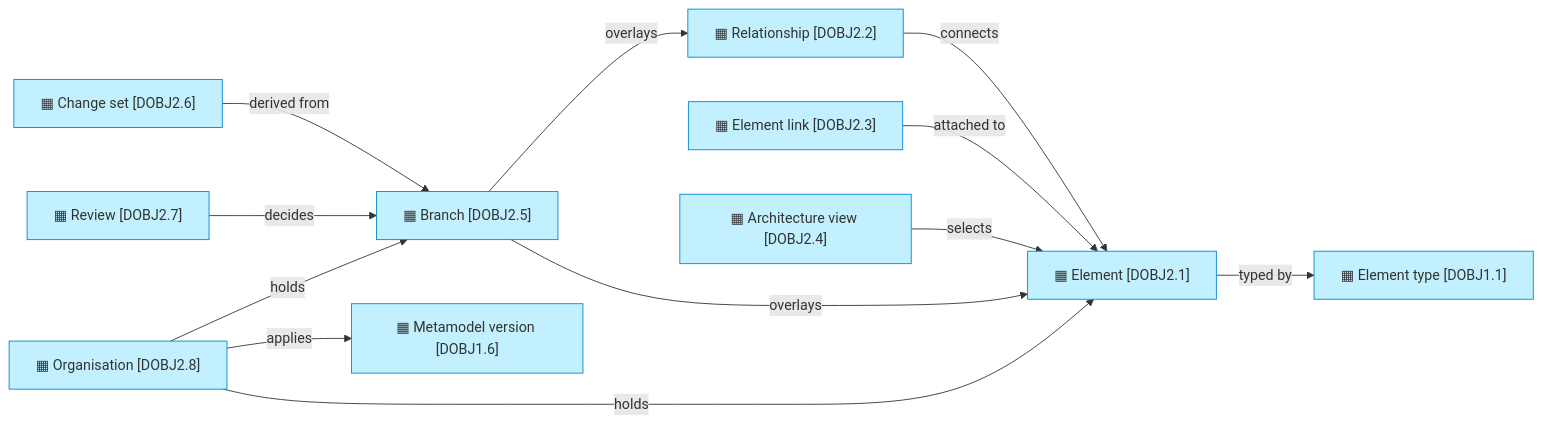
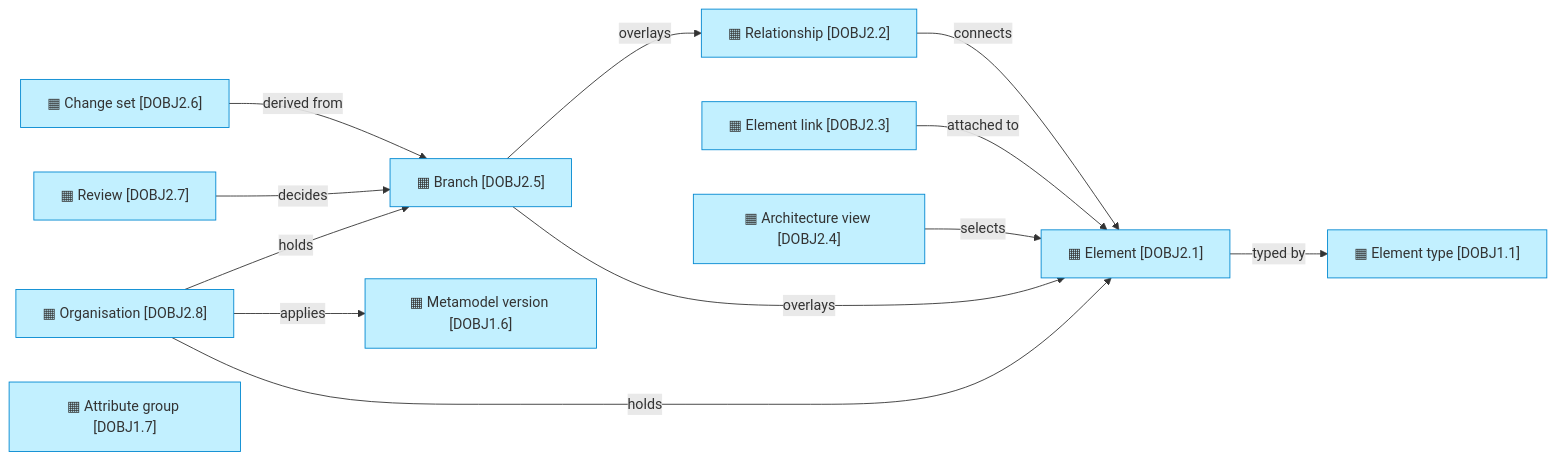
Before and after one commit to roanboc/dbx-enterprise-architecture: the third of 4 diagrams in architecture/3_information/1_data-objects.md, drawn with Mermaid. The commit also changed other lines of this file and 39 other files, not shown here.

````diff
--- a/architecture/3_information/1_data-objects.md
+++ b/architecture/3_information/1_data-objects.md
@@ -59,26 +60,27 @@
 ```mermaid
 flowchart LR
   el["▦ Element [DOBJ2.1]"]:::application
   rel["▦ Relationship [DOBJ2.2]"]:::application
   ln["▦ Element link [DOBJ2.3]"]:::application
   view["▦ Architecture view [DOBJ2.4]"]:::application
   br["▦ Branch [DOBJ2.5]"]:::application
   cs["▦ Change set [DOBJ2.6]"]:::application
   rev["▦ Review [DOBJ2.7]"]:::application
   et["▦ Element type [DOBJ1.1]"]:::application
   org["▦ Organisation [DOBJ2.8]"]:::application
   ver["▦ Metamodel version [DOBJ1.6]"]:::application
+  grp["▦ Attribute group [DOBJ1.7]"]:::application
   rel -->|connects| el
   ln -->|attached to| el
   el -->|typed by| et
   view -->|selects| el
   br -->|overlays| el
   br -->|overlays| rel
   cs -->|derived from| br
   rev -->|decides| br
   org -->|holds| el
   org -->|holds| br
   org -->|applies| ver
 
   classDef application fill:#c2f0ff,stroke:#0288d1,color:#333
 ```
````
